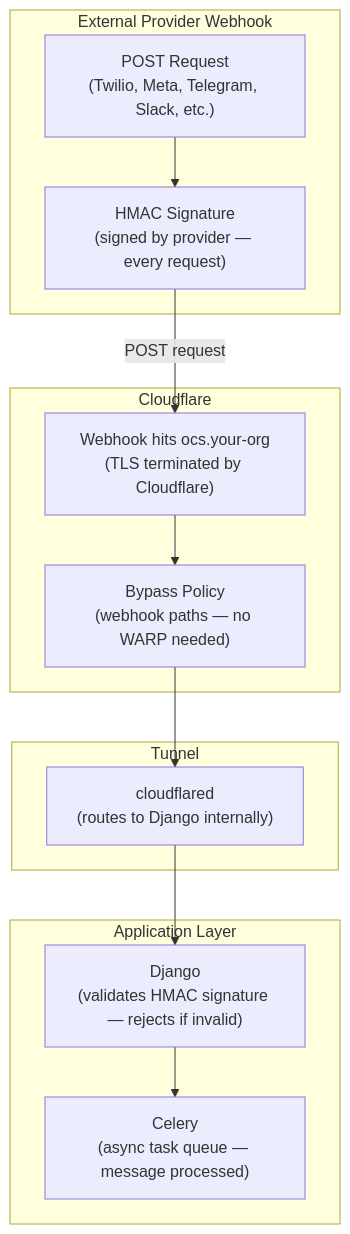
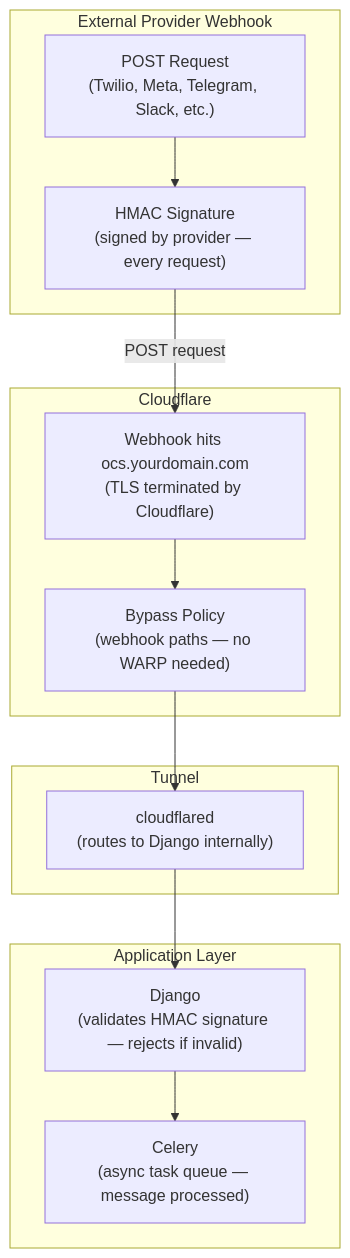
Before and after one commit to dimagi/open-chat-studio: the second of 3 diagrams in docs/hosting/cloudflare_tunnel.md, drawn with Mermaid. The commit also changed other lines of this file, not shown here.

Commit message:
docs: implement review cloudflare documentations

````diff
--- a/docs/hosting/cloudflare_tunnel.md
+++ b/docs/hosting/cloudflare_tunnel.md
@@ -160,28 +160,28 @@
 ```mermaid
 flowchart TD
     subgraph EXT["External Provider Webhook"]
         POST["POST Request<br/>(Twilio, Meta, Telegram, Slack, etc.)"]
         HMAC["HMAC Signature<br/>(signed by provider — every request)"]
         POST --> HMAC
     end
 
     subgraph CF["Cloudflare"]
-        HIT["Webhook hits ocs.your-org<br/>(TLS terminated by Cloudflare)"]
+        HIT["Webhook hits ocs.yourdomain.com<br/>(TLS terminated by Cloudflare)"]
         BYPASS["Bypass Policy<br/>(webhook paths — no WARP needed)"]
         HIT --> BYPASS
     end
 
     subgraph TUN["Tunnel"]
         TUNNEL["cloudflared<br/>(routes to Django internally)"]
     end
 
     subgraph APP["Application Layer"]
         DJANGO["Django<br/>(validates HMAC signature — rejects if invalid)"]
         CELERY["Celery<br/>(async task queue — message processed)"]
         DJANGO --> CELERY
     end
 
     HMAC -->|POST request| HIT
     BYPASS --> TUNNEL
     TUNNEL --> DJANGO
 ```
````
